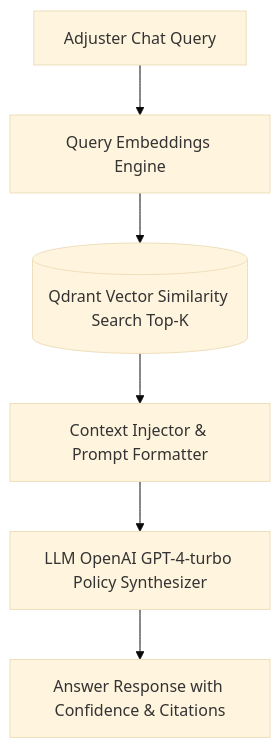
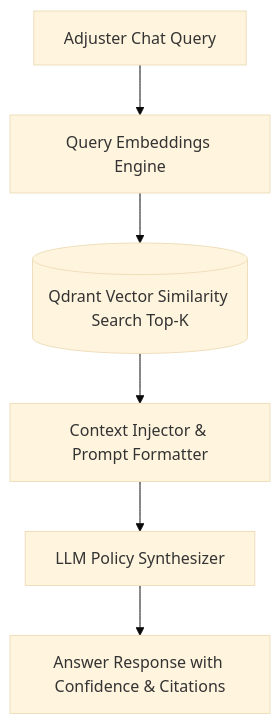
Before and after one commit to tarunagnihotri534/ClaimVertex: the third of 3 diagrams in explain.md, drawn with Mermaid (base theme). The commit also changed other lines of this file and 23 other files, not shown here.

````diff
--- a/explain.md
+++ b/explain.md
@@ -152,8 +149,8 @@
 ```mermaid
 graph TD
     A[Adjuster Chat Query] --> B[Query Embeddings Engine]
     B --> C[(Qdrant Vector Similarity Search Top-K)]
     C --> D[Context Injector & Prompt Formatter]
-    D --> E[LLM OpenAI GPT-4-turbo Policy Synthesizer]
+    D --> E[LLM Policy Synthesizer]
     E --> F[Answer Response with Confidence & Citations]
 ```
````
